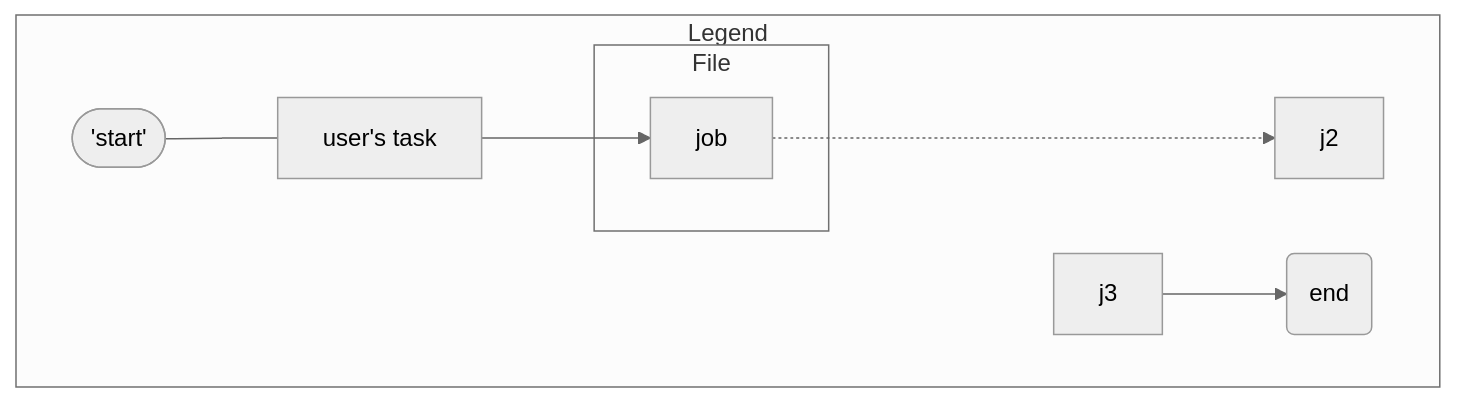
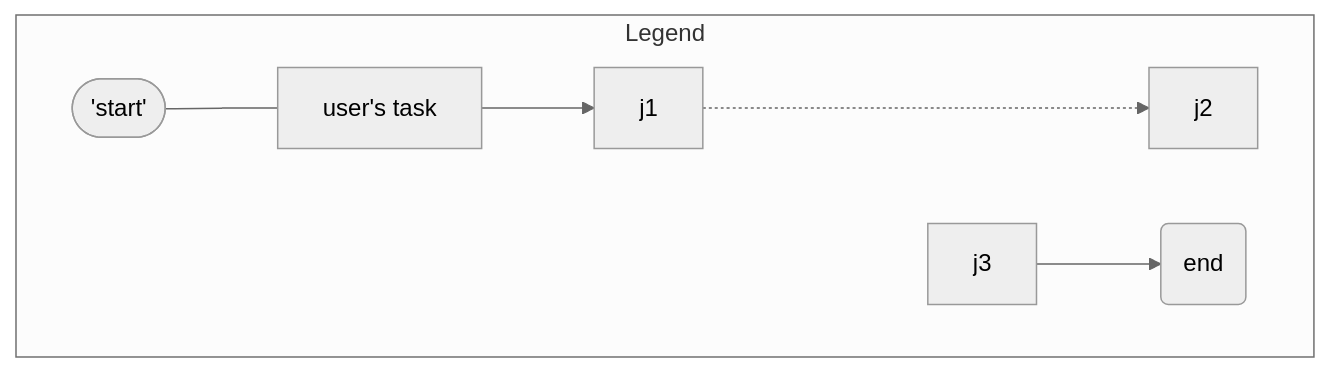
One commit to anbarisker/mermaid-debugger changed the second of 2 diagrams in advanced/mermaid.md. Above: the diagram before and after it, drawn with Mermaid (neutral theme).

Commit message:
Trying out each subgraphs

````diff
--- a/advanced/mermaid.md
+++ b/advanced/mermaid.md
@@ -128,13 +128,9 @@
 ```mermaid
 flowchart LR
 	subgraph "Legend"
 		direction LR
 		n1(['start']) --- a1["user's task"] --> j1
 		j1 -...-> j2
 		j3 --> n2(end)
-		
-		subgraph "File"
-			j1[job]
-		end
 	end
 ```
````
